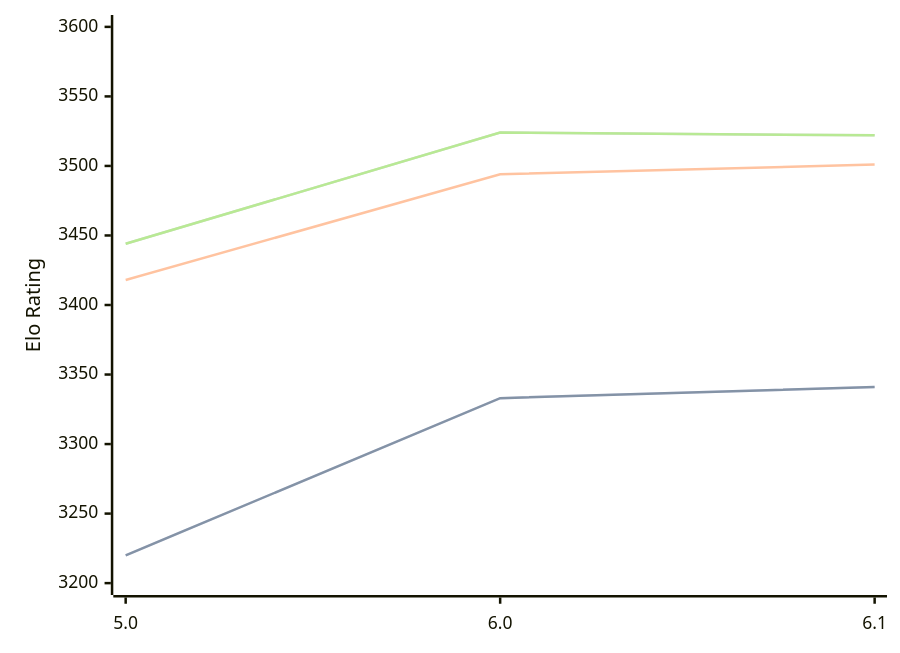
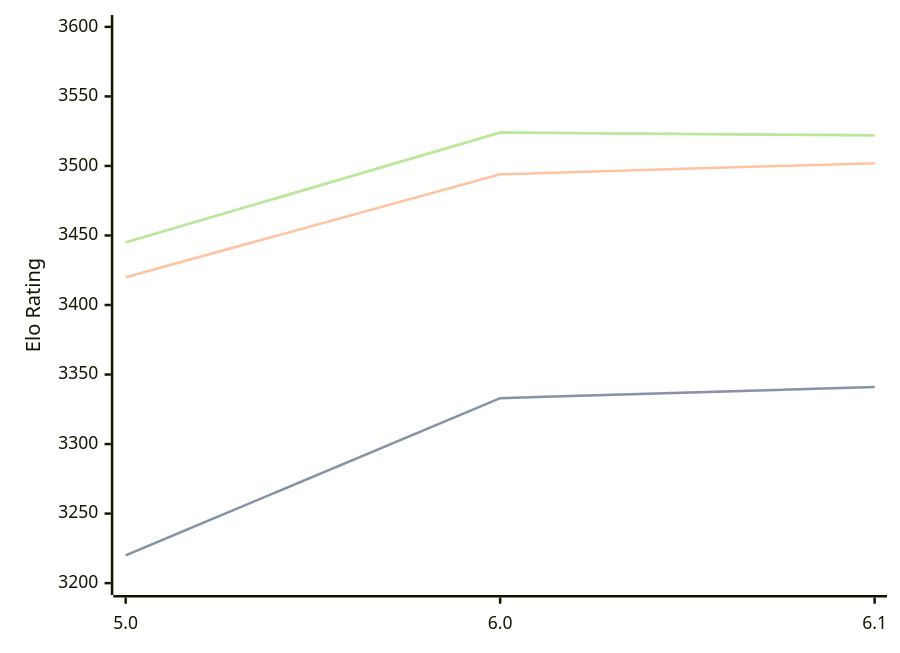
Before and after one commit to computer-chess-index/cci: the diagram in engines/Starzix.md, drawn with Mermaid. The commit also changed other lines of this file, not shown here.

Commit message:
Update CCI Ratings (ELO VLTC) - 2026-09-27

````diff
--- a/engines/Starzix.md
+++ b/engines/Starzix.md
@@ -33,11 +33,11 @@
 ```mermaid
 %%{init: {"theme":"base","themeVariables":{"seriesColors:['#a3a3a3','#222221','#faa371']}}}%%
 xychart-beta
   x-axis ["5.0", "6.0", "6.1"]
   y-axis "Elo Rating" 3200 --> 3600
   line "" [3220, 3333, 3341]
   line "STC (8.0+0.08s)" [3220, 3333, 3341]
-  line "LTC (60.0+0.60s)" [3418, 3494, 3501]
-  line "" [3444, 3524, 3522]
-  line "VLTC (2m24s+1.12s)" [3444, 3524, 3522]
+  line "LTC (60.0+0.60s)" [3420, 3494, 3502]
+  line "" [3445, 3524, 3522]
+  line "VLTC (2m24s+1.12s)" [3445, 3524, 3522]
 ```
````
